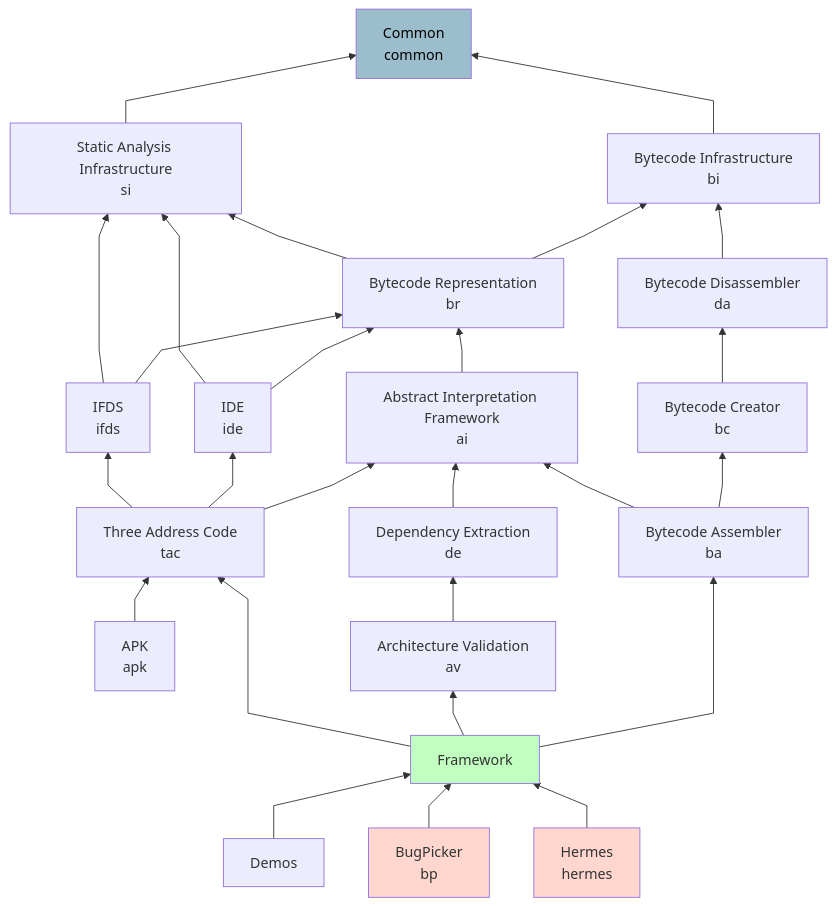
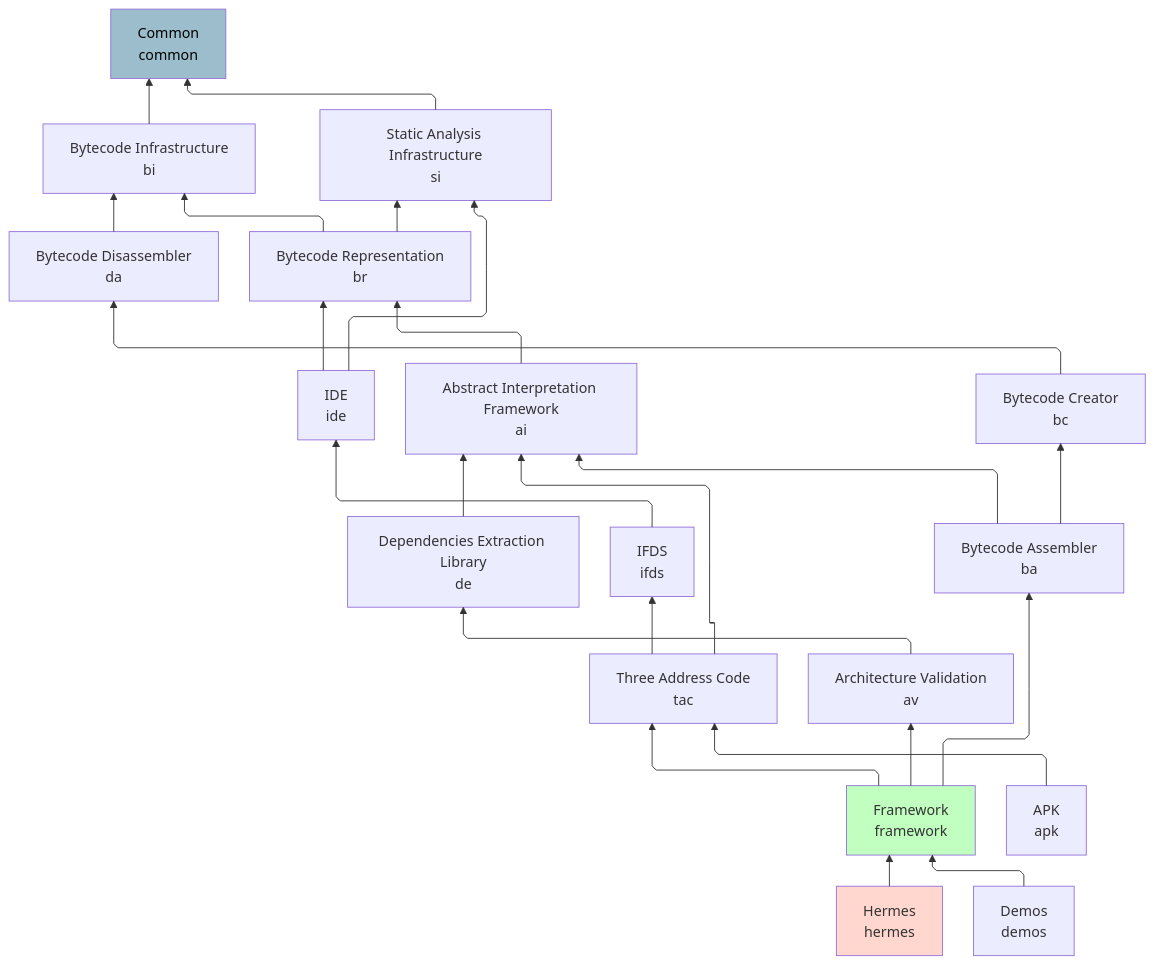
One commit to opalj/opal changed the diagram in OPAL/ProjectDependencies.mmd. Above: the diagram before and after it, drawn with Mermaid. The commit also changed 3 other files, not shown here.

```diff
--- a/OPAL/ProjectDependencies.mmd
+++ b/OPAL/ProjectDependencies.mmd
@@ -1,71 +1,46 @@
-%%{ init: { 'flowchart': { 'curve': 'linear' } } }%%
+%%{ init: { 'flowchart': { 'defaultRenderer': 'elk', 'curve': 'linear' } } }%%
 flowchart BT
-    common[Common<br>common]
+    Framework[Framework<br>framework]
+    ThreeAddressCode[Three Address Code<br>tac]
+    APK[APK<br>apk]
+    DependenciesExtractionLibrary[Dependencies Extraction Library<br>de]
+    IDE[IDE<br>ide]
+    BytecodeInfrastructure[Bytecode Infrastructure<br>bi]
+    AbstractInterpretationFramework[Abstract Interpretation Framework<br>ai]
+    Hermes[Hermes<br>hermes]
+    Common[Common<br>common]
+    BytecodeDisassembler[Bytecode Disassembler<br>da]
+    StaticAnalysisInfrastructure[Static Analysis Infrastructure<br>si]
+    IFDS[IFDS<br>ifds]
+    BytecodeRepresentation[Bytecode Representation<br>br]
+    BytecodeAssembler[Bytecode Assembler<br>ba]
+    ArchitectureValidation[Architecture Validation<br>av]
+    Demos[Demos<br>demos]
+    BytecodeCreator[Bytecode Creator<br>bc]
 
-    si[Static Analysis Infrastructure<br>si]
-    bi[Bytecode Infrastructure<br>bi]
+    style Common fill:#9cbecc,color:black
+    style Framework fill:#c0ffc0
+    style Hermes fill:#ffd7cf
 
-    br[Bytecode Representation<br>br]
-    da[Bytecode Disassembler<br>da]
-
-    ide[IDE<br>ide]
-    ifds[IFDS<br>ifds]
-    ai[Abstract Interpretation Framework<br>ai]
-    bc[Bytecode Creator<br>bc]
-
-    tac[Three Address Code<br>tac]
-    de[Dependency Extraction<br>de]
-    ba[Bytecode Assembler<br>ba]
-
-    apk[APK<br>apk]
-    av[Architecture Validation<br>av]
-
-    framework[Framework]
-
-    demos[Demos]
-    bp[BugPicker<br>bp]
-    hermes[Hermes<br>hermes]
-
-    style common fill:#9cbecc,color:black
-    style framework fill:#c0ffc0
-    style bp fill:#ffd7cf
-    style hermes fill:#ffd7cf
-
-    si --> common
-
-    bi --> common
-
-    br --> si
-    br --> bi
-    da --> bi
-
-    ide --> si
-    ide --> br
-
-    ifds --> si
-    ifds --> br
-
-    ai --> br
-
-    bc --> da
-
-    de --> ai
-
-    tac --> ifds
-    tac --> ide
-    tac --> ai
-
-    apk --> tac
-
-    ba --> ai
-    ba --> bc
-
-    av --> de
-
-    framework --> tac
-    framework --> av
-    framework --> ba
-    
-    demos --> framework
-    bp --> framework
-    hermes --> framework
+    Framework --> BytecodeAssembler
+    Framework --> ArchitectureValidation
+    Framework --> ThreeAddressCode
+    ThreeAddressCode --> AbstractInterpretationFramework
+    ThreeAddressCode --> IFDS
+    APK --> ThreeAddressCode
+    DependenciesExtractionLibrary --> AbstractInterpretationFramework
+    IDE --> StaticAnalysisInfrastructure
+    IDE --> BytecodeRepresentation
+    BytecodeInfrastructure --> Common
+    AbstractInterpretationFramework --> BytecodeRepresentation
+    Hermes --> Framework
+    BytecodeDisassembler --> BytecodeInfrastructure
+    StaticAnalysisInfrastructure --> Common
+    IFDS --> IDE
+    BytecodeRepresentation --> StaticAnalysisInfrastructure
+    BytecodeRepresentation --> BytecodeInfrastructure
+    BytecodeAssembler --> BytecodeCreator
+    BytecodeAssembler --> AbstractInterpretationFramework
+    ArchitectureValidation --> DependenciesExtractionLibrary
+    Demos --> Framework
+    BytecodeCreator --> BytecodeDisassembler
```
